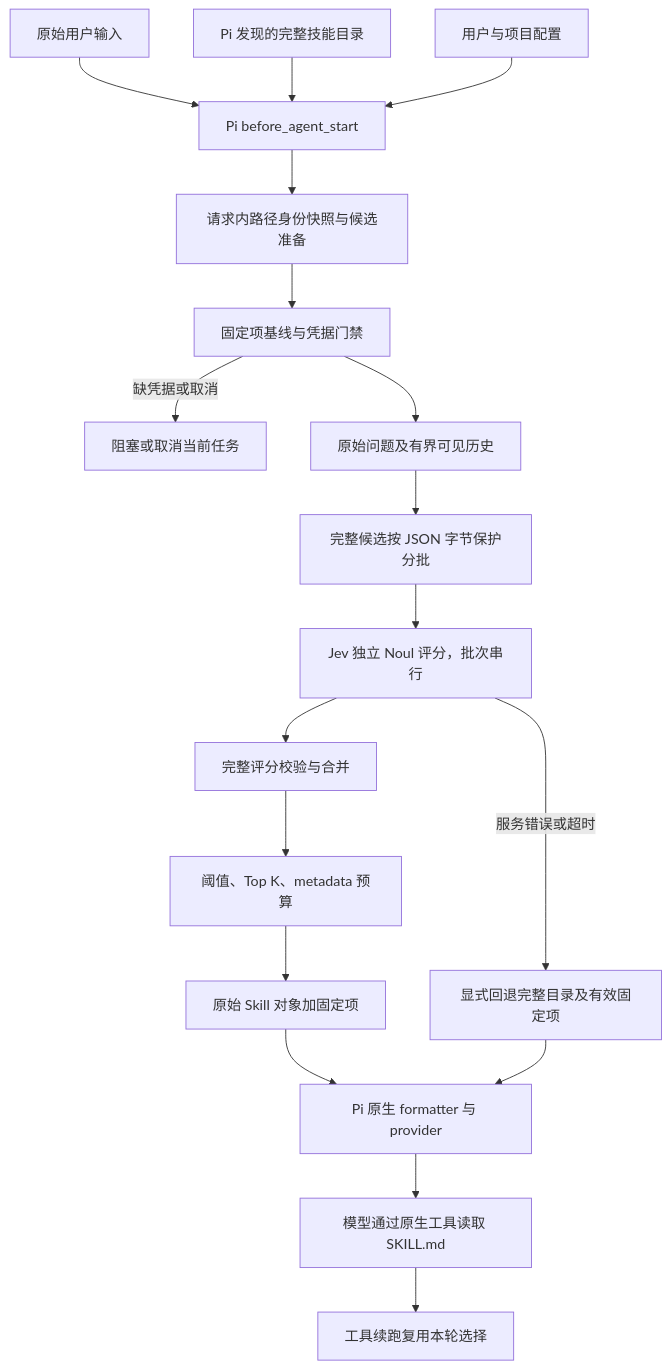
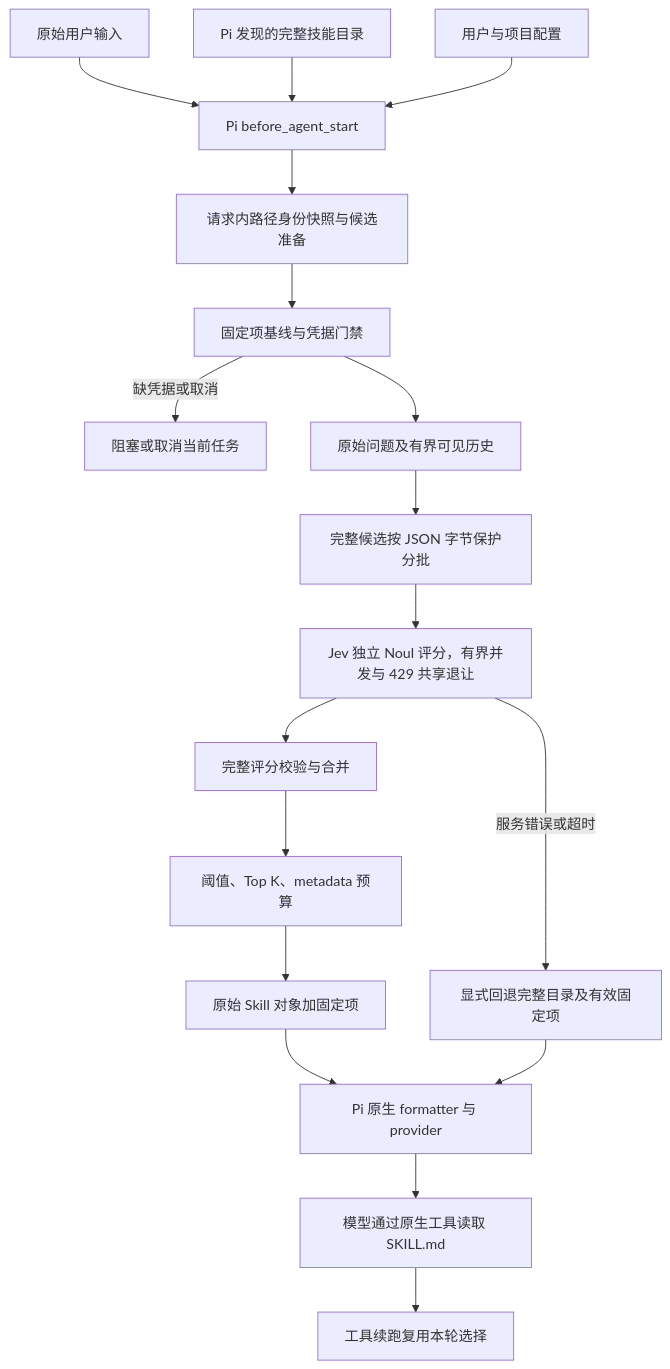
Before and after one commit to aimmetal-tech/jev-skills-retrieval: the diagram in docs/architecture.md, drawn with Mermaid. The commit also changed other lines of this file and 15 other files, not shown here.

````diff
--- a/docs/architecture.md
+++ b/docs/architecture.md
@@ -5,20 +5,20 @@
 ```mermaid
 flowchart TD
   A["原始用户输入"] --> B["Pi before_agent_start"]
   C["Pi 发现的完整技能目录"] --> B
   D["用户与项目配置"] --> B
   B --> E["请求内路径身份快照与候选准备"]
   E --> F["固定项基线与凭据门禁"]
   F -->|"缺凭据或取消"| X["阻塞或取消当前任务"]
   F --> G["原始问题及有界可见历史"]
   G --> H["完整候选按 JSON 字节保护分批"]
-  H --> I["Jev 独立 Noul 评分，批次串行"]
+  H --> I["Jev 独立 Noul 评分，有界并发与 429 共享退让"]
   I --> J["完整评分校验与合并"]
   J --> K["阈值、Top K、metadata 预算"]
   K --> L["原始 Skill 对象加固定项"]
   I -->|"服务错误或超时"| M["显式回退完整目录及有效固定项"]
   L --> N["Pi 原生 formatter 与 provider"]
   M --> N
   N --> O["模型通过原生工具读取 SKILL.md"]
   O --> P["工具续跑复用本轮选择"]
 ```
````
